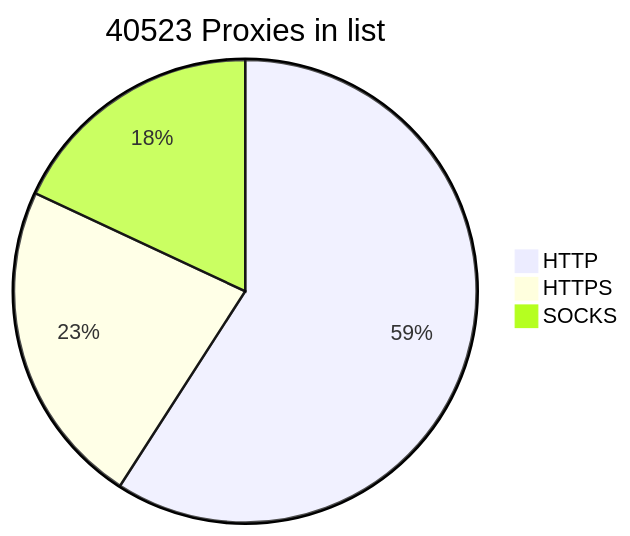
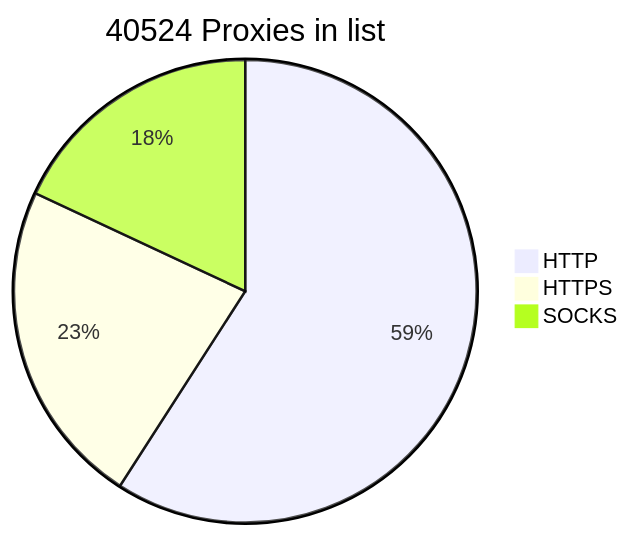
One commit to BlackSnowDot/proxylist-update-every-minute changed the diagram in README.md. Above: the diagram before and after it, drawn with Mermaid.

````diff
--- a/README.md
+++ b/README.md
@@ -2,6 +2,6 @@
 ```mermaid
-pie title 40523 Proxies in list
-    "HTTP" : 28215
+pie title 40524 Proxies in list
+    "HTTP" : 28216
     "HTTPS": 10908
     "SOCKS" : 8617
 ```
````
